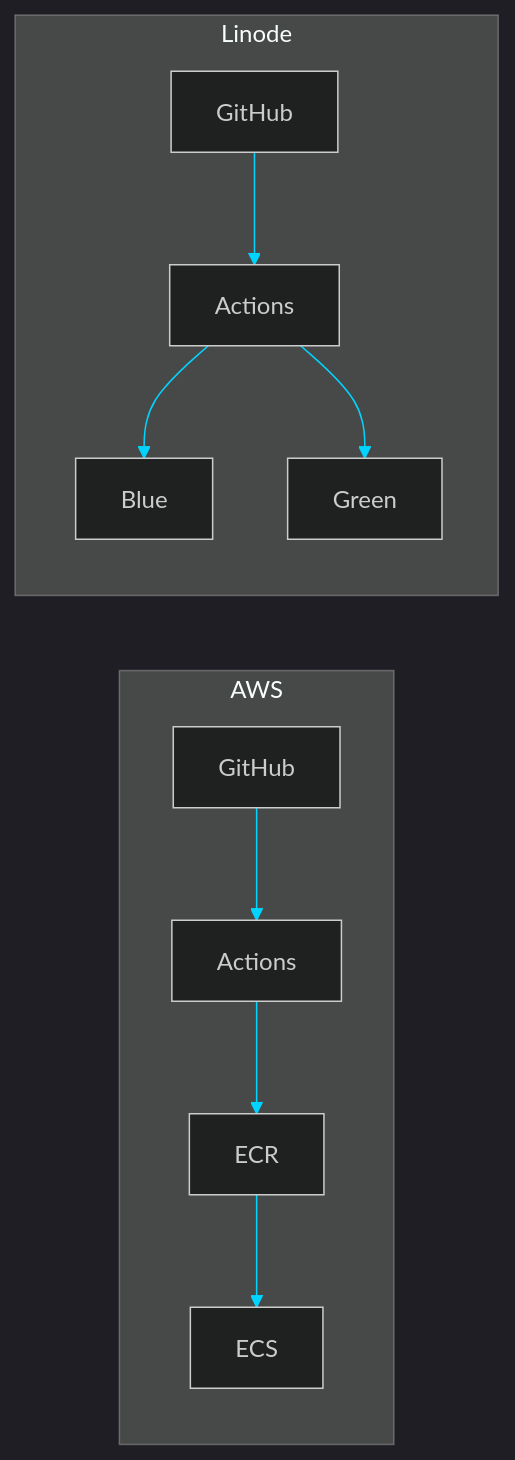
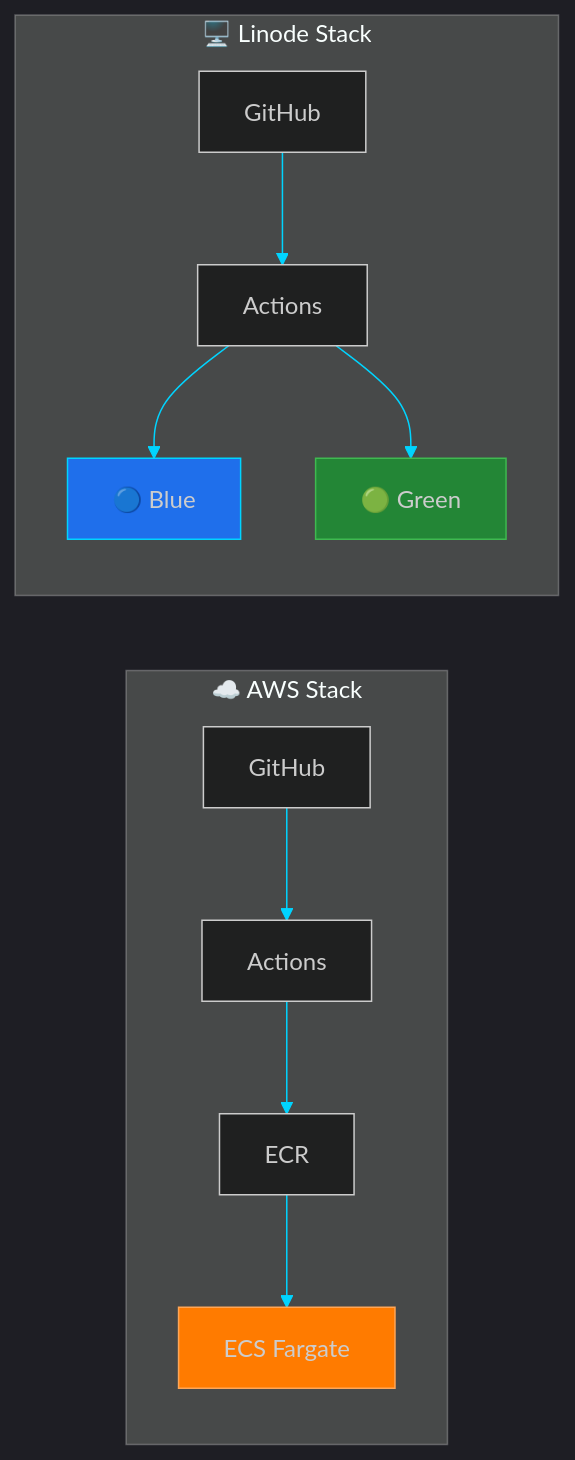
One commit to rishi-sangare/rishi-sangare changed the third of 4 diagrams in README.md. Above: the diagram before and after it, drawn with Mermaid. The commit also changed other lines of this file, not shown here.

````diff
--- a/README.md
+++ b/README.md
@@ -119,10 +172,19 @@
 ```mermaid
-%%{init: {'theme': 'dark', 'themeVariables': { 'primaryColor': '#f778ba', 'primaryTextColor': '#fff', 'lineColor': '#00d4ff'}}}%%
+%%{init: {'theme': 'dark', 'themeVariables': { 'primaryColor': '#f778ba', 'tertiaryColor': '#161b22', 'lineColor': '#00d4ff'}}}%%
 flowchart LR
-    subgraph AWS
-        A1[GitHub] --> A2[Actions] --> A3[ECR] --> A4[ECS]
+    subgraph AWS ["☁️ AWS Stack"]
+        A1[GitHub] --> A2[Actions]
+        A2 --> A3[ECR]
+        A3 --> A4[ECS Fargate]
     end
-    subgraph Linode
-        L1[GitHub] --> L2[Actions] --> L3[Blue] & L4[Green]
+    
+    subgraph LIN ["🖥️ Linode Stack"]
+        L1[GitHub] --> L2[Actions]
+        L2 --> L3[🔵 Blue]
+        L2 --> L4[🟢 Green]
     end
+    
+    style A4 fill:#ff7b00,stroke:#ffa657
+    style L3 fill:#1f6feb,stroke:#00d4ff
+    style L4 fill:#238636,stroke:#3fb950
 ```
````
